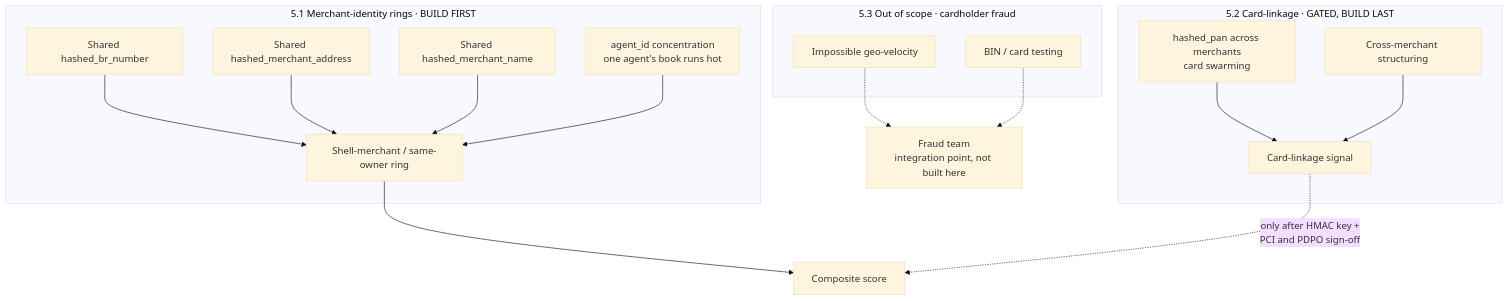
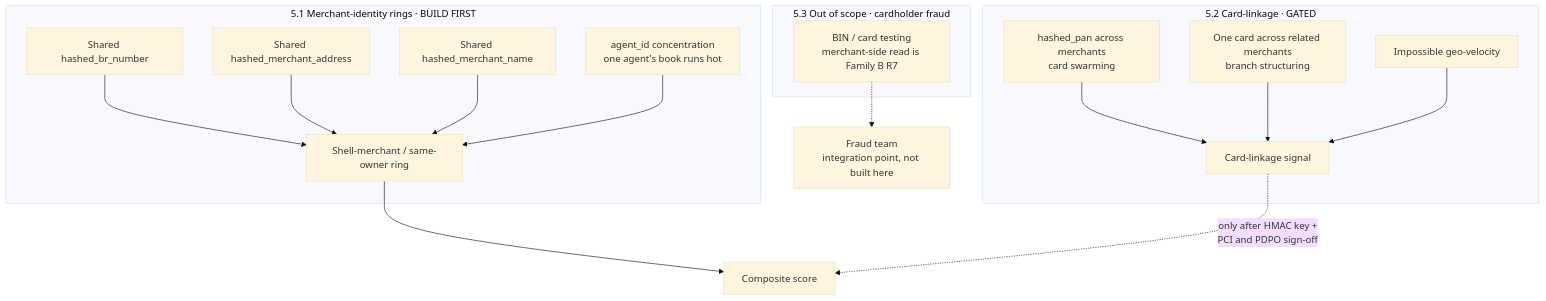
The eighth of 11 diagrams in docs/Detection_Flow_Diagrams.md (yr08ii/compliance-pipeline), drawn with Mermaid (base theme) before and after one commit. The commit also changed other lines of this file and 2 other files, not shown here.

First line of the commit message:
docs: exact test specifications for Family B and C, flow diagram brought up to date

````diff
--- a/docs/Detection_Flow_Diagrams.md
+++ b/docs/Detection_Flow_Diagrams.md
@@ -213,30 +284,30 @@
 ```mermaid
 flowchart TD
     subgraph P["5.1 Merchant-identity rings · BUILD FIRST"]
         M1["Shared hashed_br_number"]
         M2["Shared hashed_merchant_address"]
         M3["Shared hashed_merchant_name"]
         M4["agent_id concentration<br/>one agent's book runs hot"]
         M1 --> RING["Shell-merchant / same-owner ring"]
         M2 --> RING
         M3 --> RING
         M4 --> RING
     end
 
-    subgraph S["5.2 Card-linkage · GATED, BUILD LAST"]
+    subgraph S["5.2 Card-linkage · GATED"]
         C1["hashed_pan across merchants<br/>card swarming"]
-        C2["Cross-merchant structuring"]
+        C2["One card across related merchants<br/>branch structuring"]
+        C3["Impossible geo-velocity"]
         C1 --> CARD["Card-linkage signal"]
         C2 --> CARD
+        C3 --> CARD
     end
 
     subgraph O["5.3 Out of scope · cardholder fraud"]
-        O1["Impossible geo-velocity"]
-        O2["BIN / card testing"]
+        O2["BIN / card testing<br/>merchant-side read is Family B R7"]
     end
 
     RING --> SCORE["Composite score"]
     CARD -.->|"only after HMAC key +<br/>PCI and PDPO sign-off"| SCORE
-    O1 -.-> FRAUD["Fraud team<br/>integration point, not built here"]
-    O2 -.-> FRAUD
+    O2 -.-> FRAUD["Fraud team<br/>integration point, not built here"]
 ```
````
